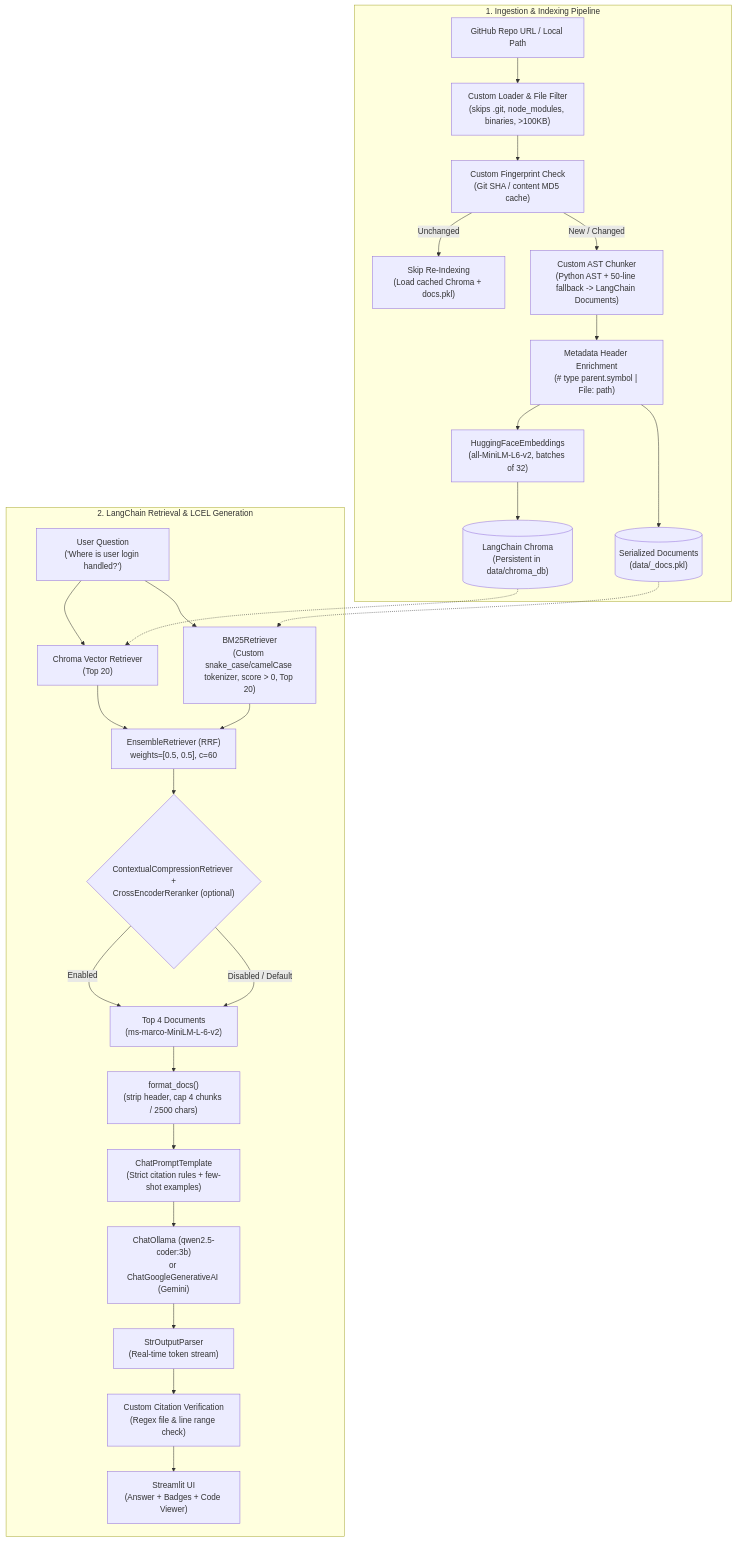
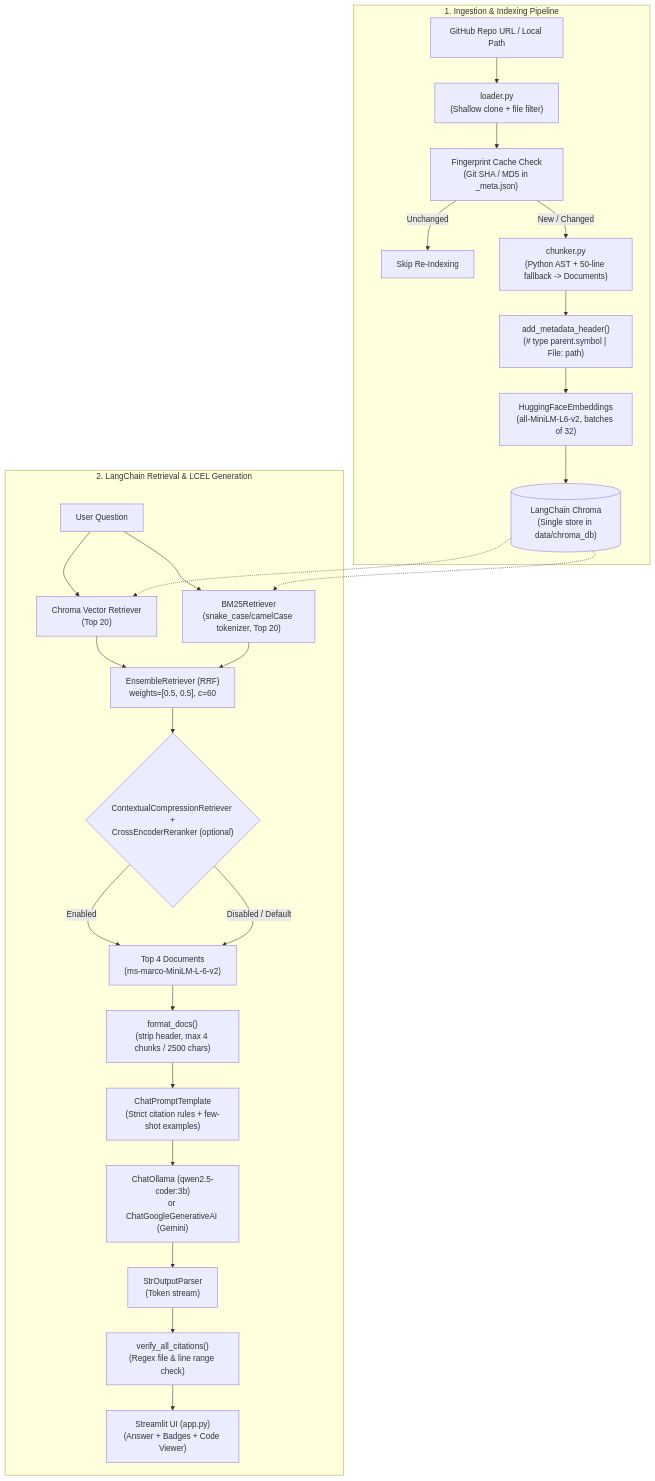
Before and after one commit to MuhammedAshfaque/RepoGuide: the diagram in README.md, drawn with Mermaid. The commit also changed other lines of this file and 1 other file, not shown here.

````diff
--- a/README.md
+++ b/README.md
@@ -20,31 +33,30 @@
 ```mermaid
 flowchart TD
     subgraph Ingestion ["1. Ingestion & Indexing Pipeline"]
-        A["GitHub Repo URL / Local Path"] --> B["Custom Loader & File Filter\n(skips .git, node_modules, binaries, >100KB)"]
-        B --> C["Custom Fingerprint Check\n(Git SHA / content MD5 cache)"]
-        C -->|Unchanged| CACHE["Skip Re-Indexing\n(Load cached Chroma + docs.pkl)"]
-        C -->|New / Changed| D["Custom AST Chunker\n(Python AST + 50-line fallback -> LangChain Documents)"]
-        D --> HDR["Metadata Header Enrichment\n(# type parent.symbol | File: path)"]
+        A["GitHub Repo URL / Local Path"] --> B["loader.py\n(Shallow clone + file filter)"]
+        B --> C["Fingerprint Cache Check\n(Git SHA / MD5 in _meta.json)"]
+        C -->|Unchanged| CACHE["Skip Re-Indexing"]
+        C -->|New / Changed| D["chunker.py\n(Python AST + 50-line fallback -> Documents)"]
+        D --> HDR["add_metadata_header()\n(# type parent.symbol | File: path)"]
         HDR --> E["HuggingFaceEmbeddings\n(all-MiniLM-L6-v2, batches of 32)"]
-        E --> G[("LangChain Chroma\n(Persistent in data/chroma_db)")]
-        HDR --> H[("Serialized Documents\n(data/<repo>_docs.pkl)")]
+        E --> G[("LangChain Chroma\n(Single store in data/chroma_db)")]
     end
 
     subgraph Query ["2. LangChain Retrieval & LCEL Generation"]
-        Q["User Question\n('Where is user login handled?')"] --> VEC["Chroma Vector Retriever\n(Top 20)"]
-        Q --> BM["BM25Retriever\n(Custom snake_case/camelCase tokenizer, score > 0, Top 20)"]
+        Q["User Question"] --> VEC["Chroma Vector Retriever\n(Top 20)"]
+        Q --> BM["BM25Retriever\n(snake_case/camelCase tokenizer, Top 20)"]
         G -.-> VEC
-        H -.-> BM
+        G -.-> BM
         VEC --> RRF["EnsembleRetriever (RRF)\nweights=[0.5, 0.5], c=60"]
         BM --> RRF
         RRF --> RERANK{"ContextualCompressionRetriever +\nCrossEncoderReranker (optional)"}
         RERANK -->|Enabled| TOP["Top 4 Documents\n(ms-marco-MiniLM-L-6-v2)"]
         RERANK -->|Disabled / Default| TOP
-        TOP --> FMT["format_docs()\n(strip header, cap 4 chunks / 2500 chars)"]
+        TOP --> FMT["format_docs()\n(strip header, max 4 chunks / 2500 chars)"]
         FMT --> PROMPT["ChatPromptTemplate\n(Strict citation rules + few-shot examples)"]
         PROMPT --> LLM["ChatOllama (qwen2.5-coder:3b)\nor ChatGoogleGenerativeAI (Gemini)"]
-        LLM --> PARSE["StrOutputParser\n(Real-time token stream)"]
-        PARSE --> AUDIT["Custom Citation Verification\n(Regex file & line range check)"]
-        AUDIT --> UI["Streamlit UI\n(Answer + Badges + Code Viewer)"]
+        LLM --> PARSE["StrOutputParser\n(Token stream)"]
+        PARSE --> AUDIT["verify_all_citations()\n(Regex file & line range check)"]
+        AUDIT --> UI["Streamlit UI (app.py)\n(Answer + Badges + Code Viewer)"]
     end
 ```
````
